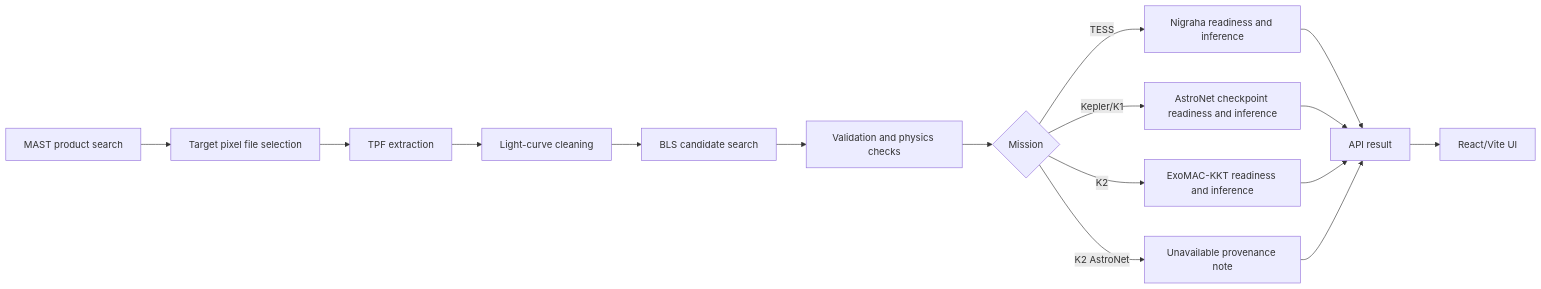
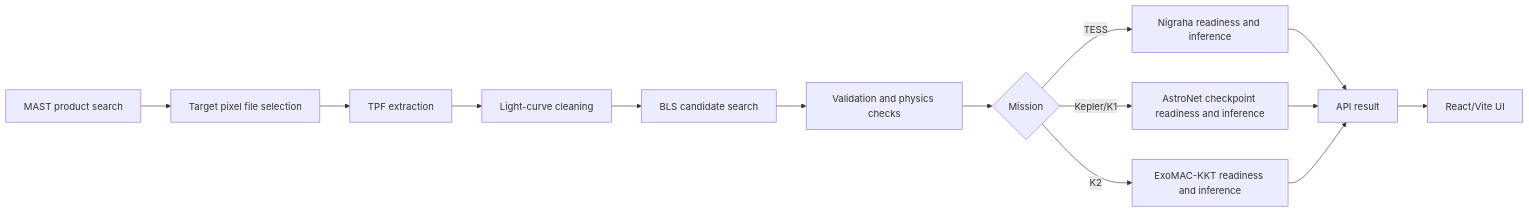
The diagram in docs/ARCHITECTURE.md (ScientificAJ/OrbitLab), drawn with Mermaid before and after one commit. The commit also changed 14 other files, not shown here.

````diff
--- a/docs/ARCHITECTURE.md
+++ b/docs/ARCHITECTURE.md
@@ -5,18 +5,16 @@
 ```mermaid
 flowchart LR
     A[MAST product search] --> B[Target pixel file selection]
     B --> C[TPF extraction]
     C --> D[Light-curve cleaning]
     D --> E[BLS candidate search]
     E --> F[Validation and physics checks]
     F --> G{Mission}
     G -->|TESS| H[Nigraha readiness and inference]
     G -->|Kepler/K1| I[AstroNet checkpoint readiness and inference]
     G -->|K2| J[ExoMAC-KKT readiness and inference]
-    G -->|K2 AstroNet| K[Unavailable provenance note]
     H --> L[API result]
     I --> L
     J --> L
-    K --> L
     L --> M[React/Vite UI]
 ```
````
